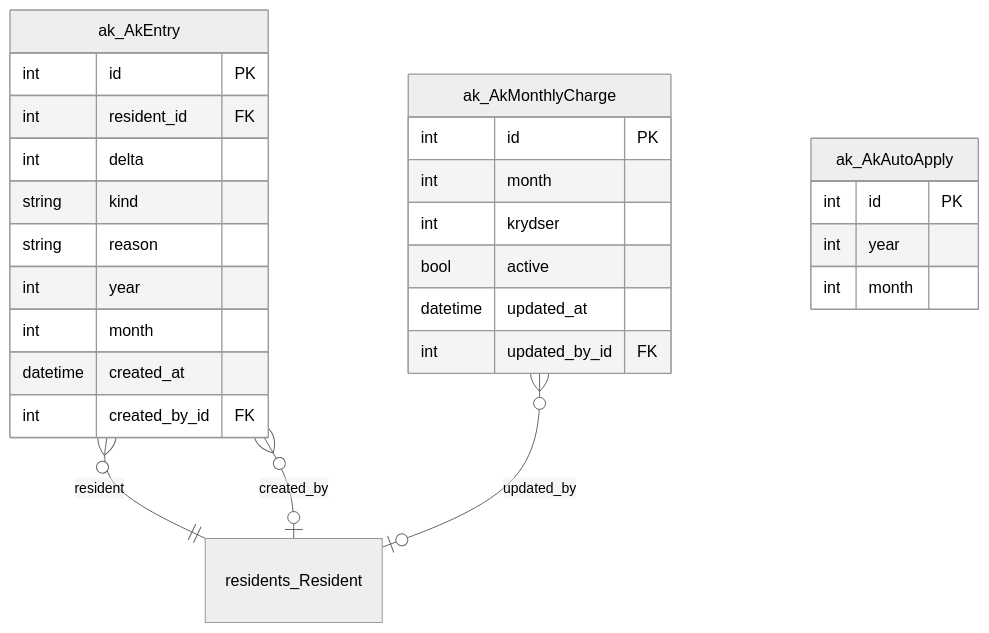
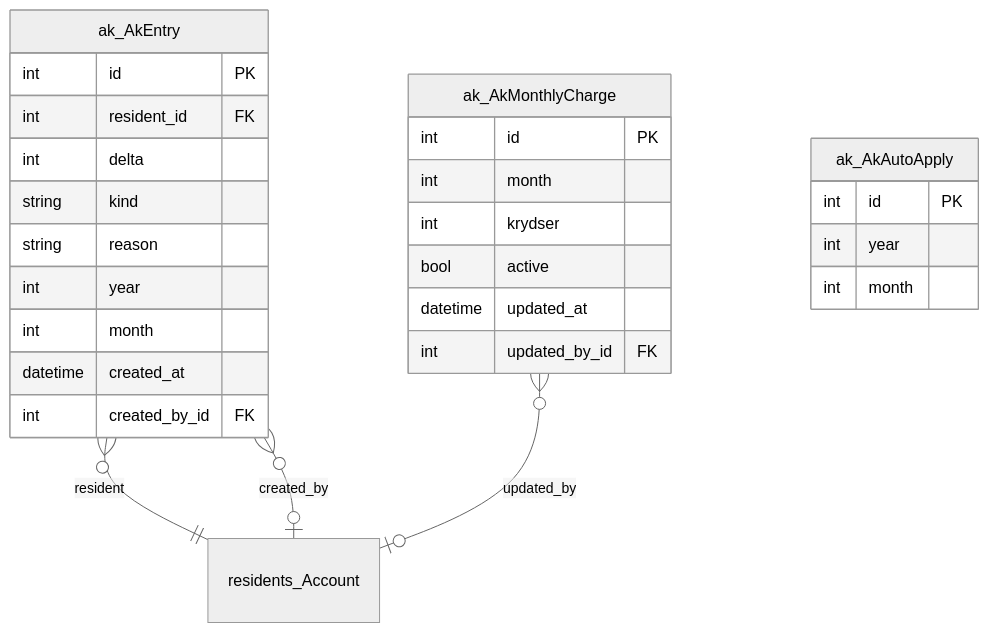
One commit to GAHK-org/gahk_intern changed the third of 18 diagrams in docs/erd.md. Above: the diagram before and after it, drawn with Mermaid (neutral theme). The commit also changed other lines of this file and 148 other files, not shown here.

````diff
--- a/docs/erd.md
+++ b/docs/erd.md
@@ -1177,35 +1191,35 @@
 ```mermaid
 erDiagram
     ak_AkEntry {
         int id PK
         int resident_id FK
         int delta
         string kind
         string reason
         int year
         int month
         datetime created_at
         int created_by_id FK
     }
 
     ak_AkMonthlyCharge {
         int id PK
         int month
         int krydser
         bool active
         datetime updated_at
         int updated_by_id FK
     }
 
     ak_AkAutoApply {
         int id PK
         int year
         int month
     }
 
-    residents_Resident { }
+    residents_Account { }
 
-    ak_AkEntry }o--|| residents_Resident : "resident"
-    ak_AkEntry }o--|o residents_Resident : "created_by"
-    ak_AkMonthlyCharge }o--|o residents_Resident : "updated_by"
+    ak_AkEntry }o--|| residents_Account : "resident"
+    ak_AkEntry }o--|o residents_Account : "created_by"
+    ak_AkMonthlyCharge }o--|o residents_Account : "updated_by"
 ```
````
